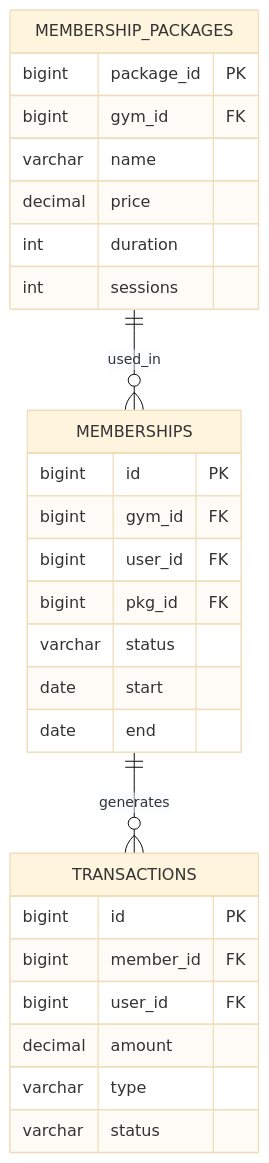
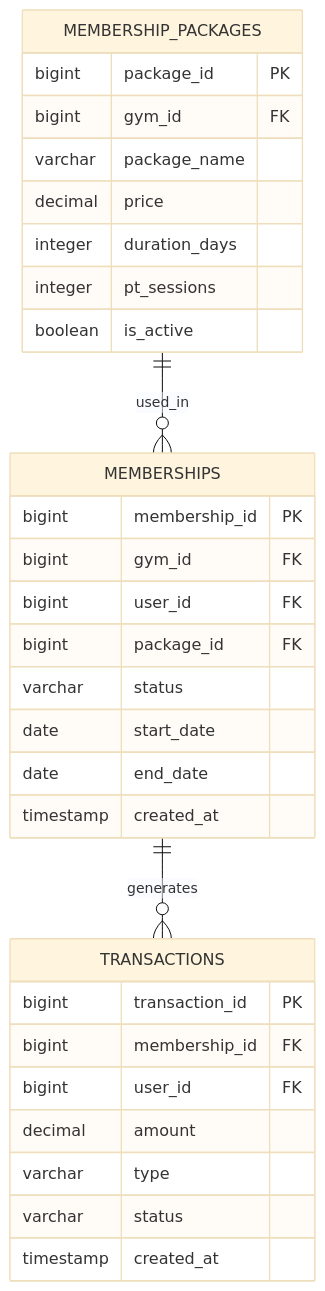
Before and after one commit to coded-with-aryan0426/gym-management-system-fullstack: the third of 7 diagrams in docs/er_diagram.md, drawn with Mermaid (base theme). The commit also changed other lines of this file and 16 other files, not shown here.

````diff
--- a/docs/er_diagram.md
+++ b/docs/er_diagram.md
@@ -101,33 +101,36 @@
 ```mermaid
 erDiagram
-    MEMBERSHIP_PACKAGES ||--o{ MEMBERSHIPS : "used_in"
-    MEMBERSHIPS ||--o{ TRANSACTIONS : "generates"
-
     MEMBERSHIP_PACKAGES {
         bigint package_id PK
         bigint gym_id FK
-        varchar name
+        varchar package_name
         decimal price
-        int duration
-        int sessions
+        integer duration_days
+        integer pt_sessions
+        boolean is_active
     }
 
     MEMBERSHIPS {
-        bigint id PK
+        bigint membership_id PK
         bigint gym_id FK
         bigint user_id FK
-        bigint pkg_id FK
+        bigint package_id FK
         varchar status
-        date start
-        date end
+        date start_date
+        date end_date
+        timestamp created_at
     }
 
     TRANSACTIONS {
-        bigint id PK
-        bigint member_id FK
+        bigint transaction_id PK
+        bigint membership_id FK
         bigint user_id FK
         decimal amount
         varchar type
         varchar status
+        timestamp created_at
     }
+
+    MEMBERSHIP_PACKAGES ||--o{ MEMBERSHIPS : used_in
+    MEMBERSHIPS ||--o{ TRANSACTIONS : generates
 ```
````
